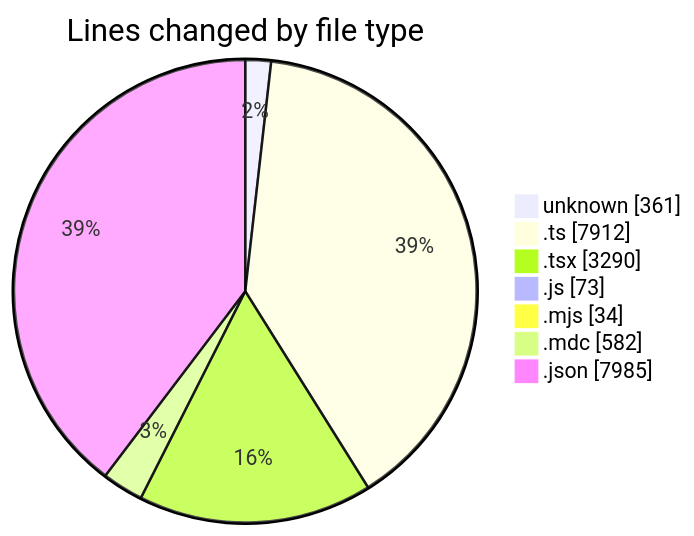
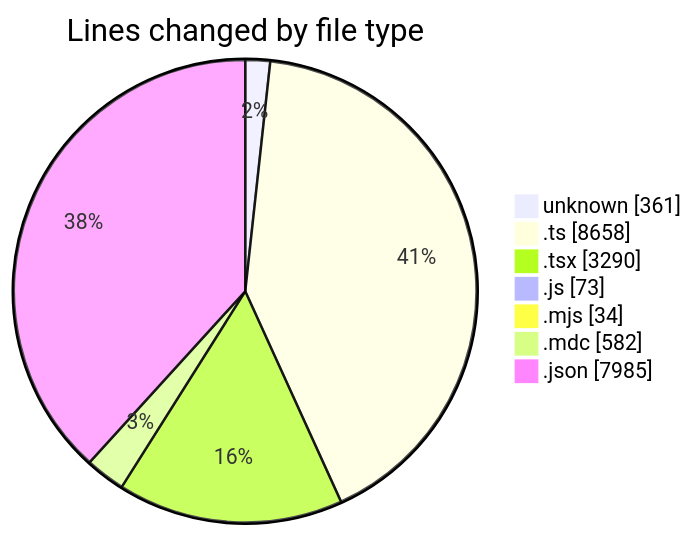
The first of 2 diagrams in 2025-06-13/ecodeli-1/README.md (CELIANVF/code-tracking), drawn with Mermaid before and after one commit. The commit also changed other lines of this file and 1 other file, not shown here.

````diff
--- a/2025-06-13/ecodeli-1/README.md
+++ b/2025-06-13/ecodeli-1/README.md
@@ -42,11 +42,11 @@
 ```mermaid
 pie showData
 title Lines changed by file type
 "unknown" : 361
-".ts" : 7912
+".ts" : 8658
 ".tsx" : 3290
 ".js" : 73
 ".mjs" : 34
 ".mdc" : 582
 ".json" : 7985
 ```
````
